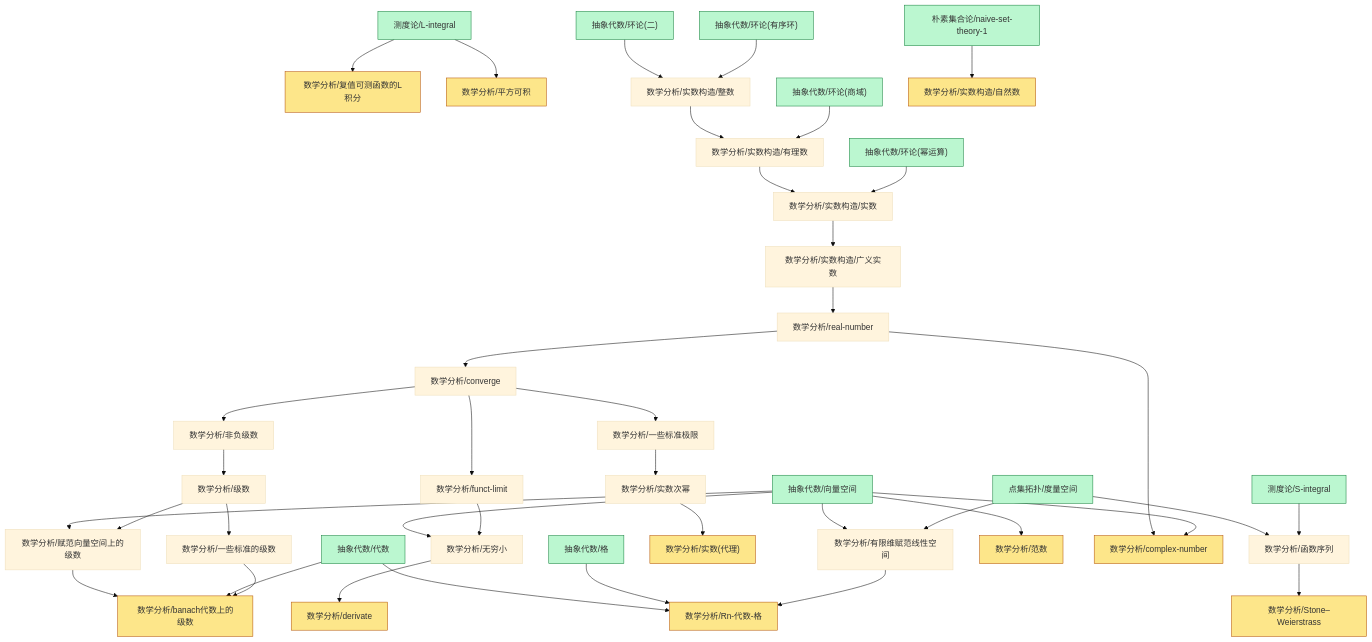
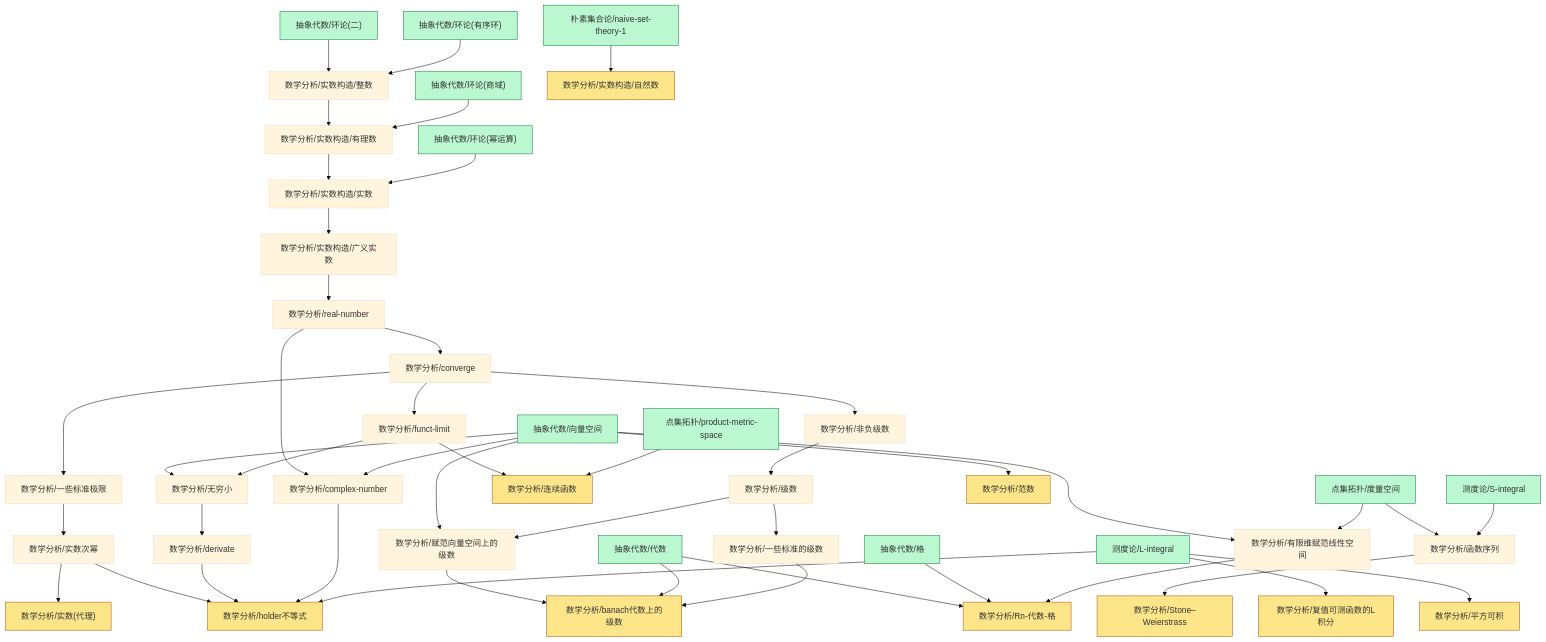
One commit to zeroDtree/zeroDtree.github.io changed the diagram in content/数学分析/dependency_graph.md. Above: the diagram before and after it, drawn with Mermaid (base theme). The commit also changed 15 other files, not shown here.

Commit message:
Refactor and enhance mathematical content by updating dependency graphs, adding new sections on Hölder's inequality and the train problem, and improving clarity in notation documentation. Introduce new files for matrix norms and pseudoinverses, while ensuring consistency across mathematical topics.

````diff
--- a/content/数学分析/dependency_graph.md
+++ b/content/数学分析/dependency_graph.md
@@ -1,45 +1,51 @@
 ```mermaid
 graph TD
 1["抽象代数/向量空间"] --> 0["数学分析/有限维赋范线性空间"]
 2["点集拓扑/度量空间"] --> 0["数学分析/有限维赋范线性空间"]
 4["抽象代数/代数"] --> 3["数学分析/Rn-代数-格"]
 5["抽象代数/格"] --> 3["数学分析/Rn-代数-格"]
 0["数学分析/有限维赋范线性空间"] --> 3["数学分析/Rn-代数-格"]
 7["数学分析/非负级数"] --> 6["数学分析/级数"]
 9["数学分析/赋范向量空间上的级数"] --> 8["数学分析/banach代数上的级数"]
 4["抽象代数/代数"] --> 8["数学分析/banach代数上的级数"]
 10["数学分析/一些标准的级数"] --> 8["数学分析/banach代数上的级数"]
 12["数学分析/实数次幂"] --> 11["数学分析/实数(代理)"]
 6["数学分析/级数"] --> 10["数学分析/一些标准的级数"]
 14["数学分析/converge"] --> 13["数学分析/一些标准极限"]
-16["数学分析/无穷小"] --> 15["数学分析/derivate"]
-17["数学分析/real-number"] --> 14["数学分析/converge"]
+12["数学分析/实数次幂"] --> 15["数学分析/holder不等式"]
+16["数学分析/derivate"] --> 15["数学分析/holder不等式"]
+17["数学分析/complex-number"] --> 15["数学分析/holder不等式"]
+18["测度论/L-integral"] --> 15["数学分析/holder不等式"]
+20["数学分析/funct-limit"] --> 19["数学分析/连续函数"]
+21["点集拓扑/product-metric-space"] --> 19["数学分析/连续函数"]
+22["数学分析/无穷小"] --> 16["数学分析/derivate"]
+23["数学分析/real-number"] --> 14["数学分析/converge"]
 13["数学分析/一些标准极限"] --> 12["数学分析/实数次幂"]
 14["数学分析/converge"] --> 7["数学分析/非负级数"]
-1["抽象代数/向量空间"] --> 18["数学分析/范数"]
-20["测度论/L-integral"] --> 19["数学分析/复值可测函数的L积分"]
-1["抽象代数/向量空间"] --> 16["数学分析/无穷小"]
-21["数学分析/funct-limit"] --> 16["数学分析/无穷小"]
+1["抽象代数/向量空间"] --> 24["数学分析/范数"]
+18["测度论/L-integral"] --> 25["数学分析/复值可测函数的L积分"]
+1["抽象代数/向量空间"] --> 22["数学分析/无穷小"]
+20["数学分析/funct-limit"] --> 22["数学分析/无穷小"]
 1["抽象代数/向量空间"] --> 9["数学分析/赋范向量空间上的级数"]
 6["数学分析/级数"] --> 9["数学分析/赋范向量空间上的级数"]
-14["数学分析/converge"] --> 21["数学分析/funct-limit"]
-17["数学分析/real-number"] --> 22["数学分析/complex-number"]
-1["抽象代数/向量空间"] --> 22["数学分析/complex-number"]
-23["数学分析/实数构造/广义实数"] --> 17["数学分析/real-number"]
-2["点集拓扑/度量空间"] --> 24["数学分析/函数序列"]
-25["测度论/S-integral"] --> 24["数学分析/函数序列"]
-20["测度论/L-integral"] --> 26["数学分析/平方可积"]
-24["数学分析/函数序列"] --> 27["数学分析/Stone–Weierstrass"]
-29["数学分析/实数构造/有理数"] --> 28["数学分析/实数构造/实数"]
-30["抽象代数/环论(幂运算)"] --> 28["数学分析/实数构造/实数"]
-31["数学分析/实数构造/整数"] --> 29["数学分析/实数构造/有理数"]
-32["抽象代数/环论(商域)"] --> 29["数学分析/实数构造/有理数"]
-28["数学分析/实数构造/实数"] --> 23["数学分析/实数构造/广义实数"]
-34["朴素集合论/naive-set-theory-1"] --> 33["数学分析/实数构造/自然数"]
-35["抽象代数/环论(二)"] --> 31["数学分析/实数构造/整数"]
-36["抽象代数/环论(有序环)"] --> 31["数学分析/实数构造/整数"]
+14["数学分析/converge"] --> 20["数学分析/funct-limit"]
+23["数学分析/real-number"] --> 17["数学分析/complex-number"]
+1["抽象代数/向量空间"] --> 17["数学分析/complex-number"]
+26["数学分析/实数构造/广义实数"] --> 23["数学分析/real-number"]
+2["点集拓扑/度量空间"] --> 27["数学分析/函数序列"]
+28["测度论/S-integral"] --> 27["数学分析/函数序列"]
+18["测度论/L-integral"] --> 29["数学分析/平方可积"]
+27["数学分析/函数序列"] --> 30["数学分析/Stone–Weierstrass"]
+32["数学分析/实数构造/有理数"] --> 31["数学分析/实数构造/实数"]
+33["抽象代数/环论(幂运算)"] --> 31["数学分析/实数构造/实数"]
+34["数学分析/实数构造/整数"] --> 32["数学分析/实数构造/有理数"]
+35["抽象代数/环论(商域)"] --> 32["数学分析/实数构造/有理数"]
+31["数学分析/实数构造/实数"] --> 26["数学分析/实数构造/广义实数"]
+37["朴素集合论/naive-set-theory-1"] --> 36["数学分析/实数构造/自然数"]
+38["抽象代数/环论(二)"] --> 34["数学分析/实数构造/整数"]
+39["抽象代数/环论(有序环)"] --> 34["数学分析/实数构造/整数"]
 classDef leaf fill:#fde68a,stroke:#b45309
-class 3,8,11,15,18,19,22,26,27,33 leaf
+class 3,8,11,15,19,24,25,29,30,36 leaf
 classDef foundationRoot fill:#bbf7d0,stroke:#15803d
-class 1,2,4,5,20,25,30,32,34,35,36 foundationRoot
+class 1,2,4,5,18,21,28,33,35,37,38,39 foundationRoot
 ```
````
